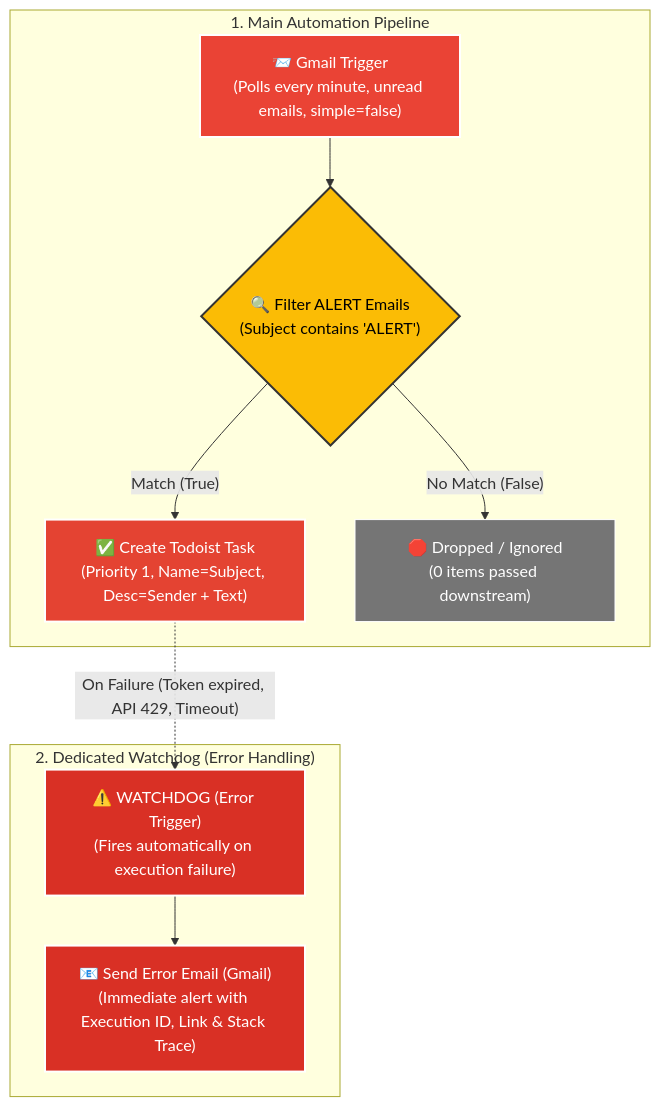
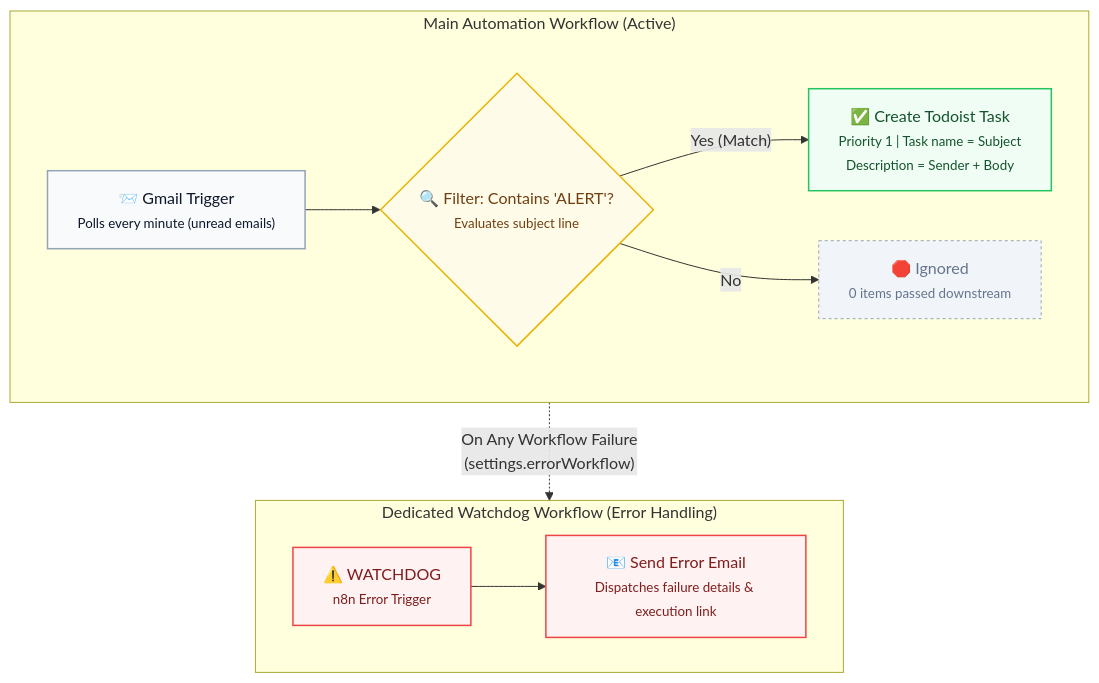
The first of 2 diagrams in README.md (haydiru/gmail-todoist-alert-automation), drawn with Mermaid before and after one commit. The commit also changed other lines of this file, not shown here.

Commit message:
style: refine flowcharts with clean palette and fix architecture relationships

````diff
--- a/README.md
+++ b/README.md
@@ -9,26 +9,29 @@
 ```mermaid
 flowchart TD
-    subgraph MainFlow["1. Main Automation Pipeline"]
-        A["📨 Gmail Trigger<br/>(Polls every minute, unread emails, simple=false)"] --> B{"🔍 Filter ALERT Emails<br/>(Subject contains 'ALERT')"}
-        B -- "Match (True)" --> C["✅ Create Todoist Task<br/>(Priority 1, Name=Subject, Desc=Sender + Text)"]
-        B -- "No Match (False)" --> D["🛑 Dropped / Ignored<br/>(0 items passed downstream)"]
+    subgraph MainFlow["Main Automation Workflow (Active)"]
+        direction LR
+        Trigger["📨 Gmail Trigger<br/><small>Polls every minute (unread emails)</small>"] --> Filter{"🔍 Filter: Contains 'ALERT'?<br/><small>Evaluates subject line</small>"}
+        Filter -- "Yes (Match)" --> Action["✅ Create Todoist Task<br/><small>Priority 1 | Task name = Subject<br/>Description = Sender + Body</small>"]
+        Filter -- "No" --> Ignored["🛑 Ignored<br/><small>0 items passed downstream</small>"]
     end
 
-    subgraph WatchdogFlow["2. Dedicated Watchdog (Error Handling)"]
-        E["⚠️ WATCHDOG (Error Trigger)<br/>(Fires automatically on execution failure)"] --> F["📧 Send Error Email (Gmail)<br/>(Immediate alert with Execution ID, Link & Stack Trace)"]
+    subgraph ErrorFlow["Dedicated Watchdog Workflow (Error Handling)"]
+        direction LR
+        ErrTrigger["⚠️ WATCHDOG<br/><small>n8n Error Trigger</small>"] --> ErrAction["📧 Send Error Email<br/><small>Dispatches failure details & execution link</small>"]
     end
 
-    C -. "On Failure (Token expired, API 429, Timeout)" .-> E
+    MainFlow -. "On Any Workflow Failure<br/>(settings.errorWorkflow)" .-> ErrTrigger
 
-    classDef trigger fill:#ea4335,stroke:#fff,stroke-width:2px,color:#fff;
-    classDef filter fill:#fbbc05,stroke:#333,stroke-width:2px,color:#000;
-    classDef action fill:#e44332,stroke:#fff,stroke-width:2px,color:#fff;
-    classDef error fill:#d93025,stroke:#fff,stroke-width:2px,color:#fff;
-    classDef drop fill:#757575,stroke:#fff,stroke-width:1px,color:#fff;
+    classDef default fill:#f8fafc,stroke:#cbd5e1,stroke-width:1px,color:#0f172a;
+    classDef nodeTrigger fill:#f8fafc,stroke:#94a3b8,stroke-width:1.5px,color:#0f172a;
+    classDef nodeFilter fill:#fefce8,stroke:#eab308,stroke-width:1.5px,color:#713f12;
+    classDef nodeAction fill:#f0fdf4,stroke:#22c55e,stroke-width:1.5px,color:#14532d;
+    classDef nodeIgnored fill:#f1f5f9,stroke:#94a3b8,stroke-width:1px,stroke-dasharray: 3 3,color:#64748b;
+    classDef nodeError fill:#fef2f2,stroke:#ef4444,stroke-width:1.5px,color:#7f1d1d;
 
-    class A trigger;
-    class B filter;
-    class C action;
-    class D drop;
-    class E,F error;
+    class Trigger nodeTrigger;
+    class Filter nodeFilter;
+    class Action nodeAction;
+    class Ignored nodeIgnored;
+    class ErrTrigger,ErrAction nodeError;
 ```
````
